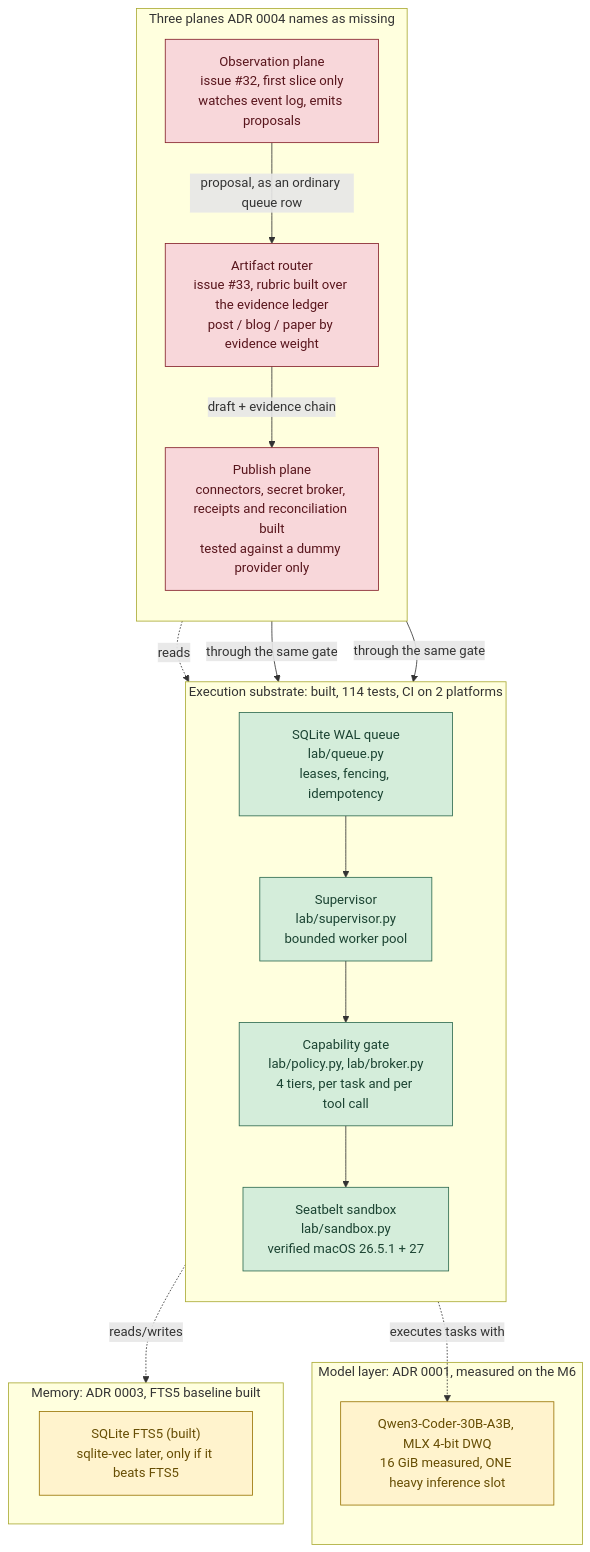
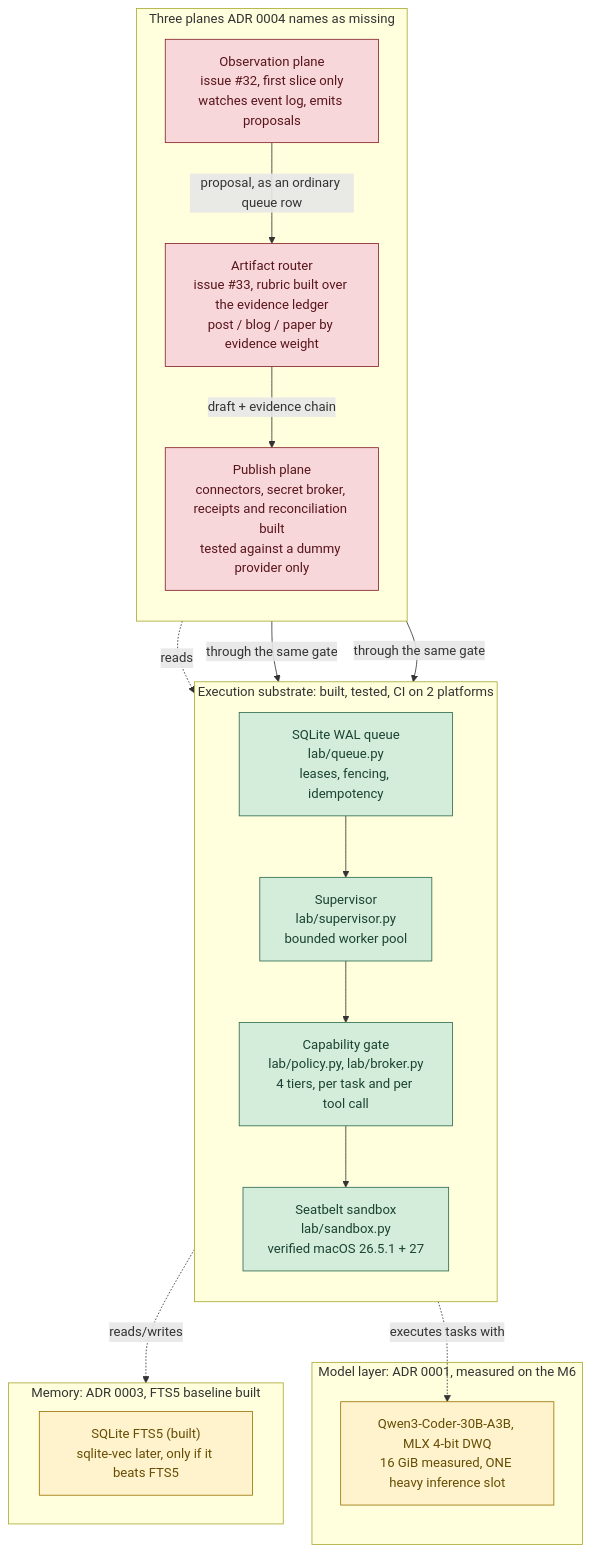
One commit to roshanaryal1/home-lab changed the diagram in docs/ARCHITECTURE.md. Above: the diagram before and after it, drawn with Mermaid. The commit also changed other lines of this file and 2 other files, not shown here.

Commit message:
docs: ARCHITECTURE, SECURITY and setup section 11 reflect the first deployment

````diff
--- a/docs/ARCHITECTURE.md
+++ b/docs/ARCHITECTURE.md
@@ -16,41 +16,41 @@
 ```mermaid
 flowchart TB
-    subgraph substrate["Execution substrate: built, 114 tests, CI on 2 platforms"]
+    subgraph substrate["Execution substrate: built, tested, CI on 2 platforms"]
         direction TB
         queue["SQLite WAL queue<br/>lab/queue.py<br/>leases, fencing, idempotency"]
         supervisor["Supervisor<br/>lab/supervisor.py<br/>bounded worker pool"]
         gate["Capability gate<br/>lab/policy.py, lab/broker.py<br/>4 tiers, per task and per tool call"]
         sandbox["Seatbelt sandbox<br/>lab/sandbox.py<br/>verified macOS 26.5.1 + 27"]
         queue --> supervisor --> gate --> sandbox
     end
 
     subgraph model["Model layer: ADR 0001, measured on the M6"]
         heavy["Qwen3-Coder-30B-A3B, MLX 4-bit DWQ<br/>16 GiB measured, ONE heavy inference slot"]
     end
 
     subgraph memory["Memory: ADR 0003, FTS5 baseline built"]
         mem["SQLite FTS5 (built)<br/>sqlite-vec later, only if it beats FTS5"]
     end
 
     subgraph planes["Three planes ADR 0004 names as missing"]
         direction TB
         obs["Observation plane<br/>issue #32, first slice only<br/>watches event log, emits proposals"]
         router["Artifact router<br/>issue #33, rubric built over the evidence ledger<br/>post / blog / paper by evidence weight"]
         publish["Publish plane<br/>connectors, secret broker, receipts and reconciliation built<br/>tested against a dummy provider only"]
         obs -->|"proposal, as an ordinary queue row"| router
         router -->|"draft + evidence chain"| publish
     end
 
     supervisor -.->|"executes tasks with"| heavy
     supervisor -.->|"reads/writes"| memory
     obs -.->|"reads"| queue
     router -->|"through the same gate"| gate
     publish -->|"through the same gate"| gate
 
     classDef built fill:#d4edda,stroke:#2d6a4f,color:#1b4332
     classDef missing fill:#f8d7da,stroke:#842029,color:#58151c
     classDef designonly fill:#fff3cd,stroke:#997404,color:#664d03
     class queue,supervisor,gate,sandbox built
     class obs,router,publish missing
     class heavy,mem designonly
 ```
````
